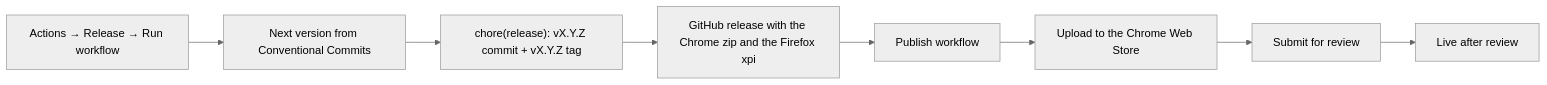
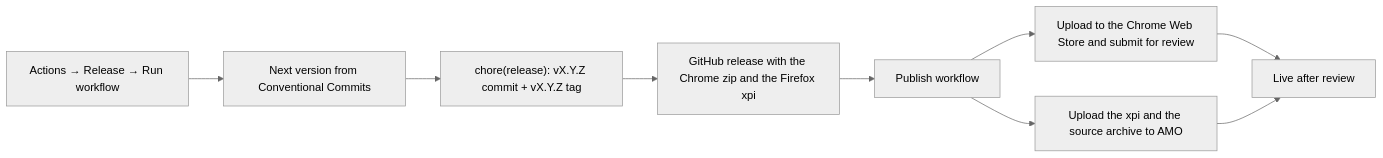
Before and after one commit to casteroid/copy-title-url-ext: the diagram in docs/releasing.md, drawn with Mermaid (neutral theme). The commit also changed other lines of this file and 6 other files, not shown here.

````diff
--- a/docs/releasing.md
+++ b/docs/releasing.md
@@ -5,10 +5,11 @@
 ```mermaid
 flowchart LR
   A[Actions → Release → Run workflow] --> B[Next version from Conventional Commits]
   B --> C["chore(release): vX.Y.Z commit + vX.Y.Z tag"]
   C --> D[GitHub release with the Chrome zip and the Firefox xpi]
   D --> E[Publish workflow]
-  E --> F[Upload to the Chrome Web Store]
-  F --> G[Submit for review]
-  G --> H[Live after review]
+  E --> F[Upload to the Chrome Web Store and submit for review]
+  E --> G[Upload the xpi and the source archive to AMO]
+  F --> H[Live after review]
+  G --> H
 ```
````
